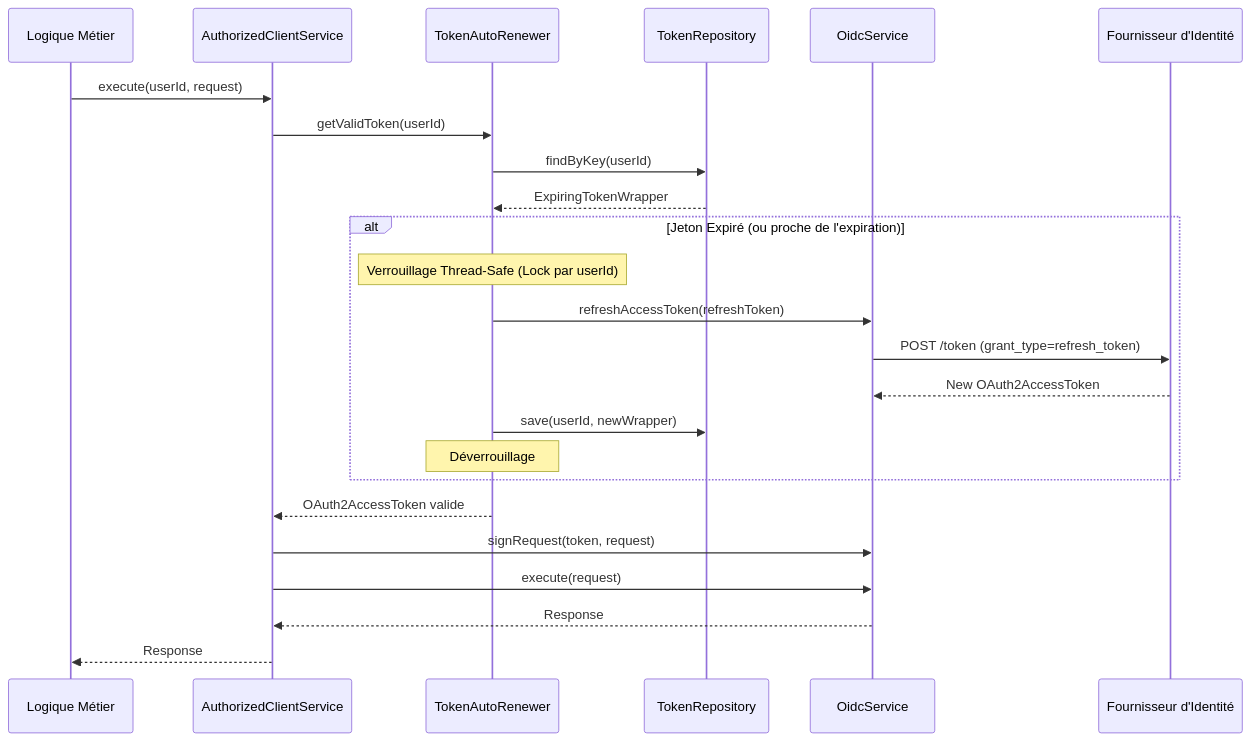
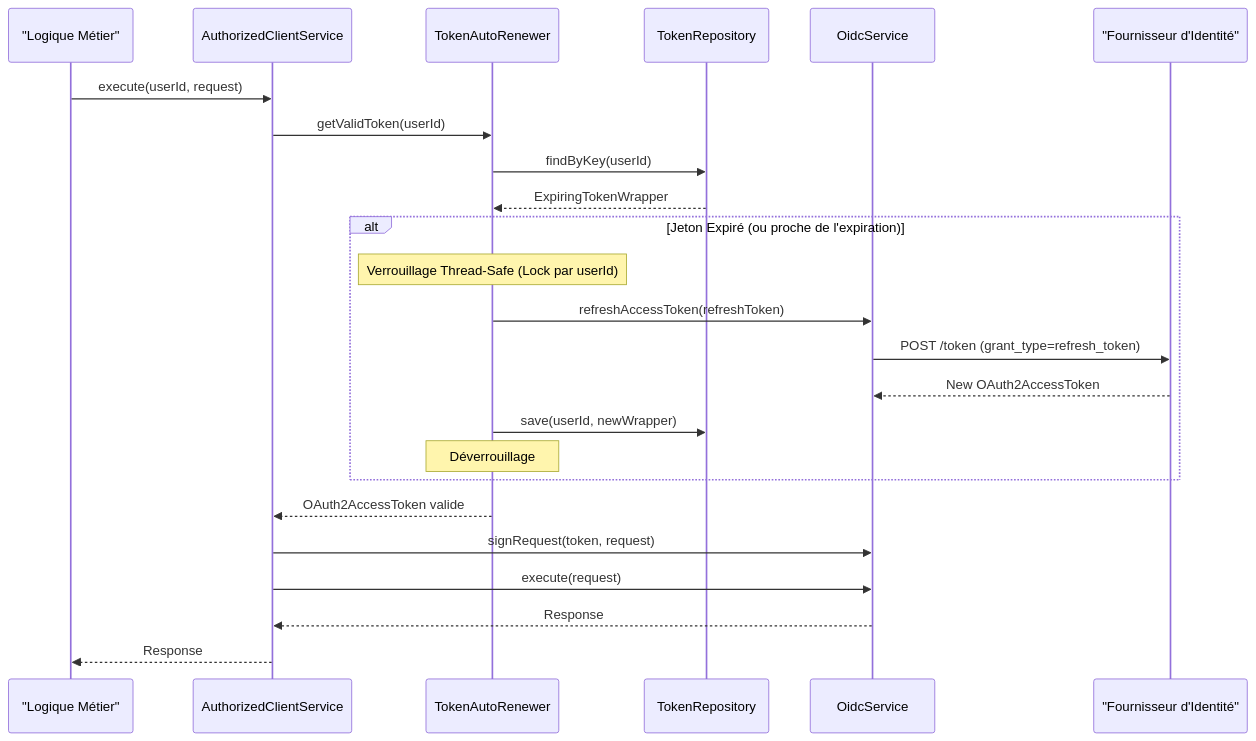
One commit to Q300Z/scribejava changed the fifth of 21 diagrams in docs/explanations/oauth2-flows.md. Above: the diagram before and after it, drawn with Mermaid. The commit also changed other lines of this file, not shown here.

Commit message:
docs(oidc): fix mermaid syntax and align architectural flows with codebase

````diff
--- a/docs/explanations/oauth2-flows.md
+++ b/docs/explanations/oauth2-flows.md
@@ -234,31 +234,31 @@
 ```mermaid
 
 sequenceDiagram
-    participant Business as Logique Métier
+    participant Business as "Logique Métier"
     participant Client as AuthorizedClientService
     participant Renewer as TokenAutoRenewer
     participant Repo as TokenRepository
     participant Service as OidcService
-    participant IdP as Fournisseur d'Identité
+    participant IdP as "Fournisseur d'Identité"
 
     Business->>Client: execute(userId, request)
     Client->>Renewer: getValidToken(userId)
     Renewer->>Repo: findByKey(userId)
     Repo-->>Renewer: ExpiringTokenWrapper
 
     alt Jeton Expiré (ou proche de l'expiration)
         Note over Renewer: Verrouillage Thread-Safe (Lock par userId)
         Renewer->>Service: refreshAccessToken(refreshToken)
         Service->>IdP: POST /token (grant_type=refresh_token)
         IdP-->>Service: New OAuth2AccessToken
         Renewer->>Repo: save(userId, newWrapper)
         Note over Renewer: Déverrouillage
     end
 
     Renewer-->>Client: OAuth2AccessToken valide
     Client->>Service: signRequest(token, request)
     Client->>Service: execute(request)
     Service-->>Client: Response
     Client-->>Business: Response
 
 ```
````
